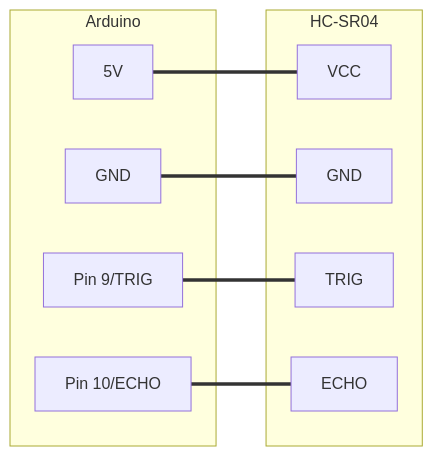
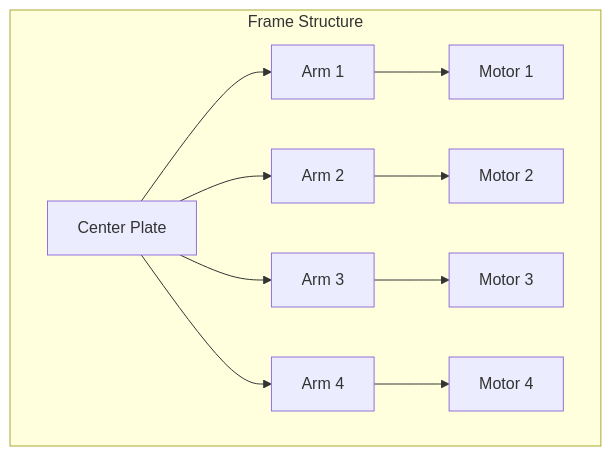
The fifth of 7 diagrams in README.md (khairul-me/QuadcopterFromScratch), drawn with Mermaid before and after one commit. The commit also changed other lines of this file, not shown here.

````diff
--- a/README.md
+++ b/README.md
@@ -110,21 +133,14 @@
 ```mermaid
-graph LR
-    subgraph Arduino
-        A1[5V]
-        A2[GND]
-        A3[Pin 9/TRIG]
-        A4[Pin 10/ECHO]
+graph TD
+    subgraph "Frame Structure"
+        C[Center Plate] --> A1[Arm 1]
+        C --> A2[Arm 2]
+        C --> A3[Arm 3]
+        C --> A4[Arm 4]
+        
+        A1 --> M1[Motor 1]
+        A2 --> M2[Motor 2]
+        A3 --> M3[Motor 3]
+        A4 --> M4[Motor 4]
     end
-    
-    subgraph HC-SR04
-        S1[VCC]
-        S2[GND]
-        S3[TRIG]
-        S4[ECHO]
-    end
-    
-    A1 === S1
-    A2 === S2
-    A3 === S3
-    A4 === S4
 ```
````
